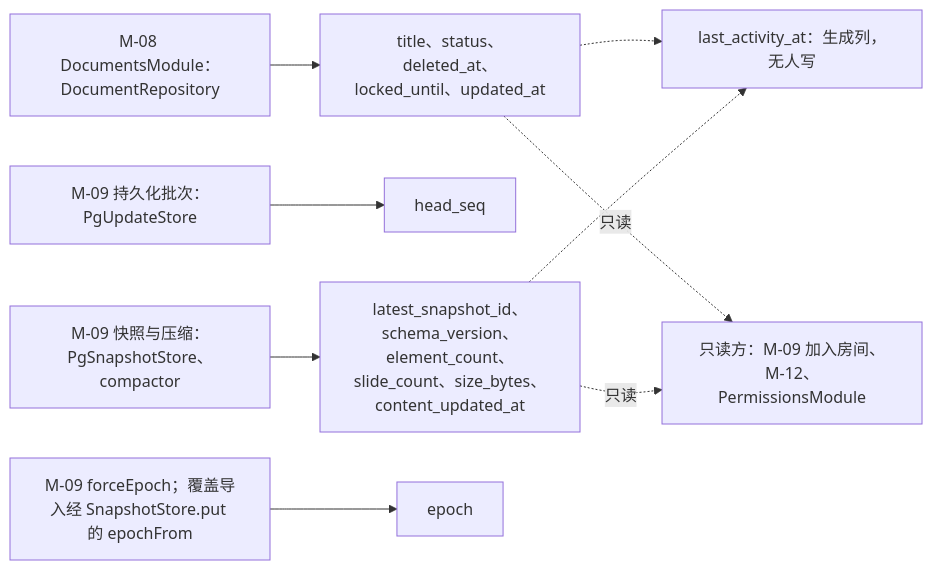
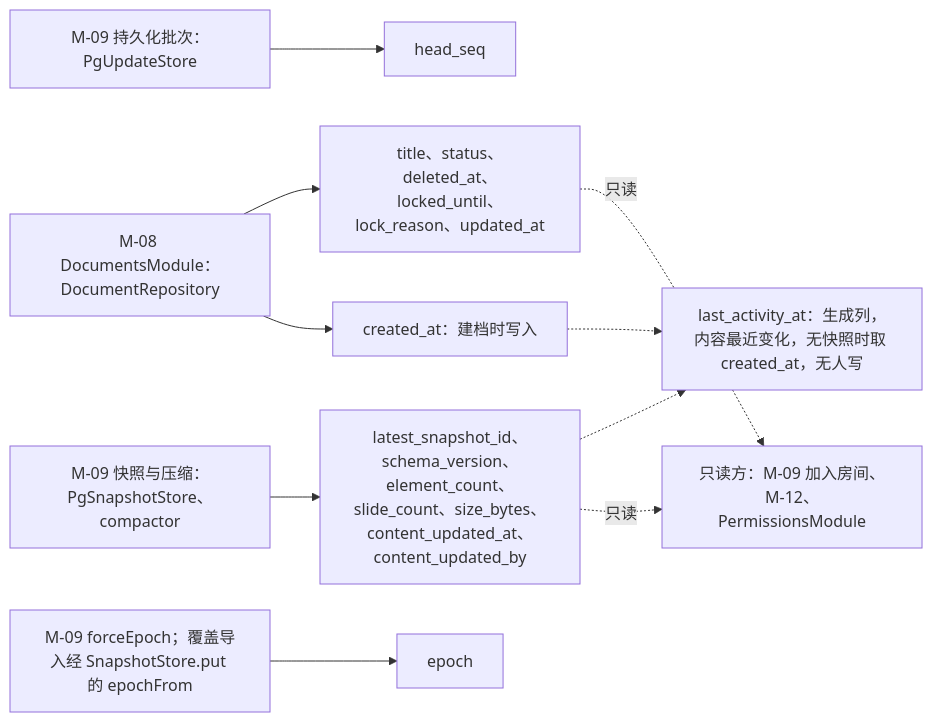
One commit to Xeonice/cordis-ppt-editor changed the fourth of 7 diagrams in docs/60-backend/04-modules-documents-storage-media.md. Above: the diagram before and after it, drawn with Mermaid. The commit also changed other lines of this file and 19 other files, not shown here.

````diff
--- a/docs/60-backend/04-modules-documents-storage-media.md
+++ b/docs/60-backend/04-modules-documents-storage-media.md
@@ -310,21 +311,23 @@
 ```mermaid
 flowchart LR
   m08["M-08 DocumentsModule：DocumentRepository"]
   m09a["M-09 持久化批次：PgUpdateStore"]
   m09b["M-09 快照与压缩：PgSnapshotStore、compactor"]
   m09c["M-09 forceEpoch；覆盖导入经 SnapshotStore.put 的 epochFrom"]
-  c1["title、status、deleted_at、locked_until、updated_at"]
+  c1["title、status、deleted_at、locked_until、lock_reason、updated_at"]
   c2["head_seq"]
-  c3["latest_snapshot_id、schema_version、element_count、slide_count、size_bytes、content_updated_at"]
+  c3["latest_snapshot_id、schema_version、element_count、slide_count、size_bytes、content_updated_at、content_updated_by"]
   c4["epoch"]
-  gen["last_activity_at：生成列，无人写"]
+  c5["created_at：建档时写入"]
+  gen["last_activity_at：生成列，内容最近变化，无快照时取 created_at，无人写"]
   rd["只读方：M-09 加入房间、M-12、PermissionsModule"]
   m08 --> c1
+  m08 --> c5
   m09a --> c2
   m09b --> c3
   m09c --> c4
-  c1 -.-> gen
+  c5 -.-> gen
   c3 -.-> gen
   c1 -. "只读" .-> rd
   c3 -. "只读" .-> rd
 ```
````
